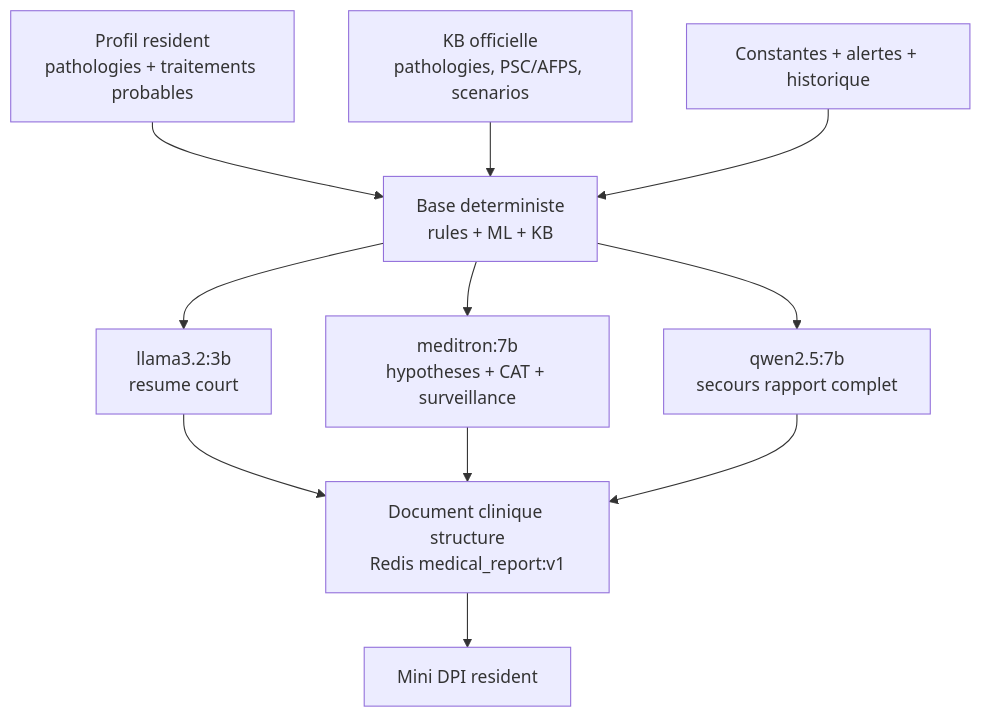
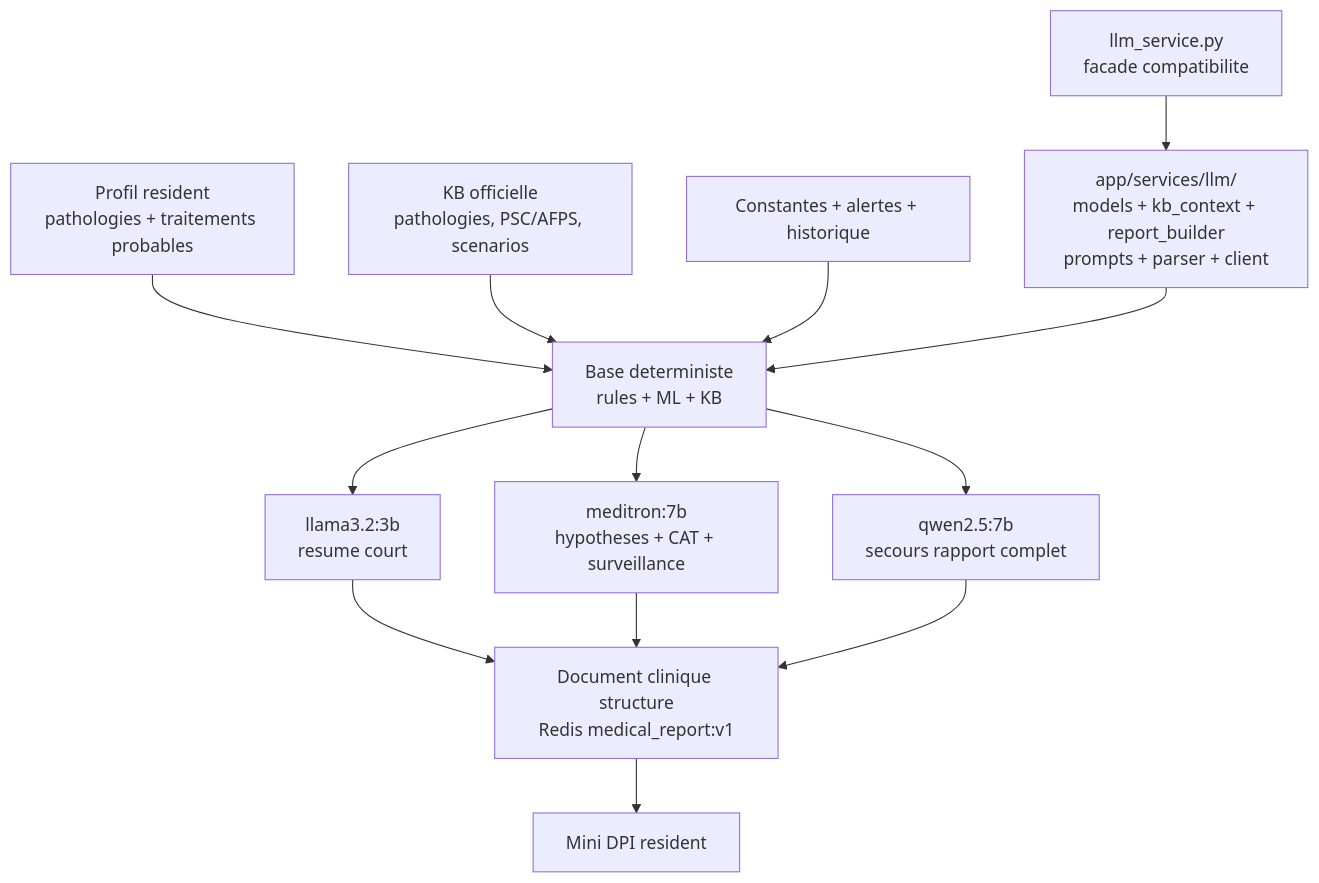
The second of 5 diagrams in README.md (Faucourt/epitech_mba2_ehpadMonitor), drawn with Mermaid before and after one commit. The commit also changed other lines of this file and 35 other files, not shown here.

````diff
--- a/README.md
+++ b/README.md
@@ -348,23 +357,27 @@
 ```mermaid
 flowchart TD
     DPI[Profil resident<br/>pathologies + traitements probables]
     KB[KB officielle<br/>pathologies, PSC/AFPS, scenarios]
     LIVE[Constantes + alertes + historique]
+    FACADE[llm_service.py<br/>facade compatibilite]
+    MODS[app/services/llm/<br/>models + kb_context + report_builder<br/>prompts + parser + client]
     BASE[Base deterministe<br/>rules + ML + KB]
     FAST[llama3.2:3b<br/>resume court]
     CLIN[meditron:7b<br/>hypotheses + CAT + surveillance]
     MED[qwen2.5:7b<br/>secours rapport complet]
     DOC[Document clinique structure<br/>Redis medical_report:v1]
     MINI[Mini DPI resident]
 
     DPI --> BASE
     KB --> BASE
     LIVE --> BASE
+    FACADE --> MODS
+    MODS --> BASE
     BASE --> FAST
     BASE --> CLIN
     BASE --> MED
     FAST --> DOC
     CLIN --> DOC
     MED --> DOC
     DOC --> MINI
 ```
````
